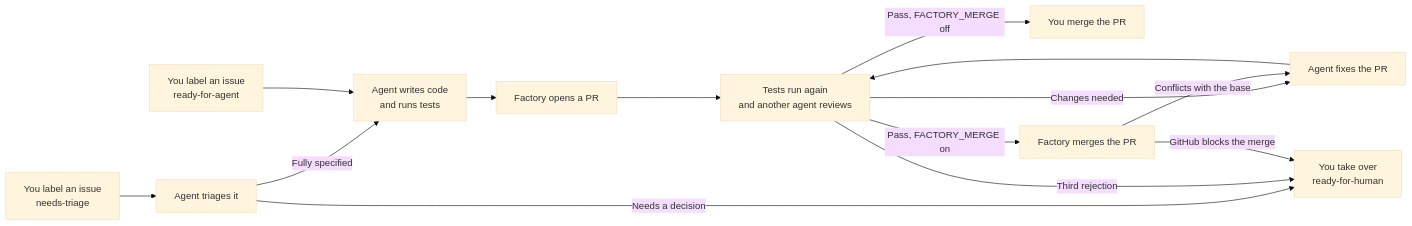
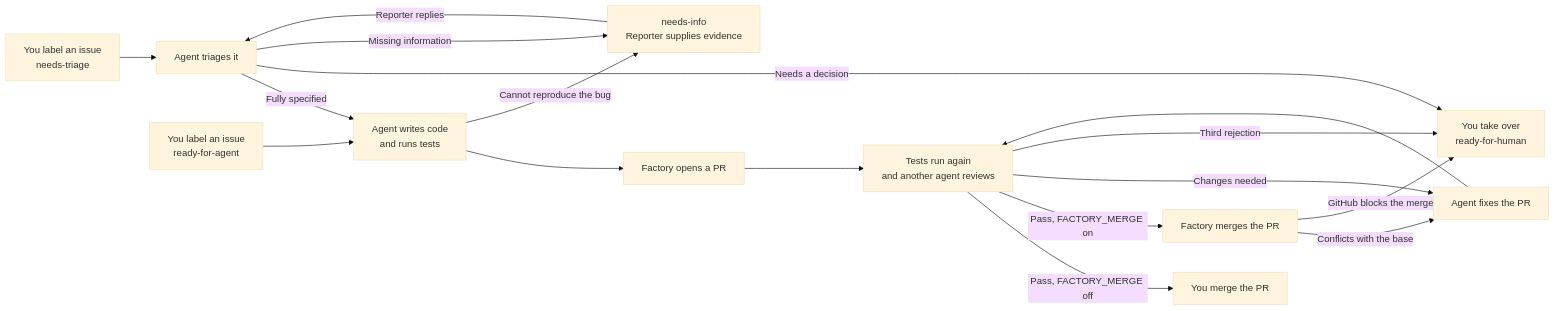
The diagram in README.md (jonbaldie/software-factory), drawn with Mermaid (base theme) before and after one commit. The commit also changed other lines of this file and 7 other files, not shown here.

Commit message:
Let implementation request missing bug evidence (#17)

````diff
--- a/README.md
+++ b/README.md
@@ -15,16 +15,19 @@
 ```mermaid
 flowchart LR
   triage["You label an issue<br/>needs-triage"] --> triager["Agent triages it"]
   triager -->|Fully specified| implement
   triager -->|Needs a decision| human
   issue["You label an issue<br/>ready-for-agent"] --> implement["Agent writes code<br/>and runs tests"]
   implement --> pr["Factory opens a PR"]
+  implement -->|Cannot reproduce the bug| info["needs-info<br/>Reporter supplies evidence"]
+  triager -->|Missing information| info
+  info -->|Reporter replies| triager
   pr --> review["Tests run again<br/>and another agent reviews"]
   review -->|Pass, FACTORY_MERGE off| you["You merge the PR"]
   review -->|Pass, FACTORY_MERGE on| merge["Factory merges the PR"]
   review -->|Changes needed| fix["Agent fixes the PR"]
   fix --> review
   review -->|Third rejection| human["You take over<br/>ready-for-human"]
   merge -->|Conflicts with the base| fix
   merge -->|GitHub blocks the merge| human
 ```
````
